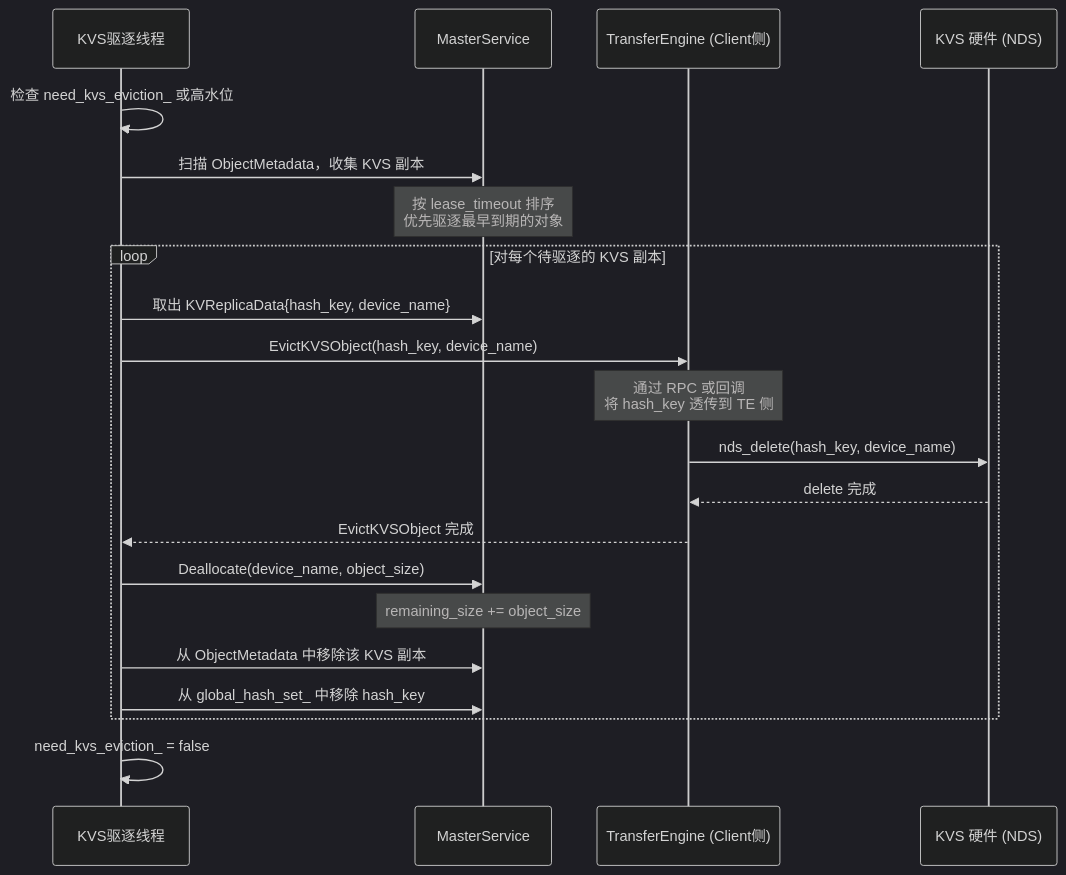
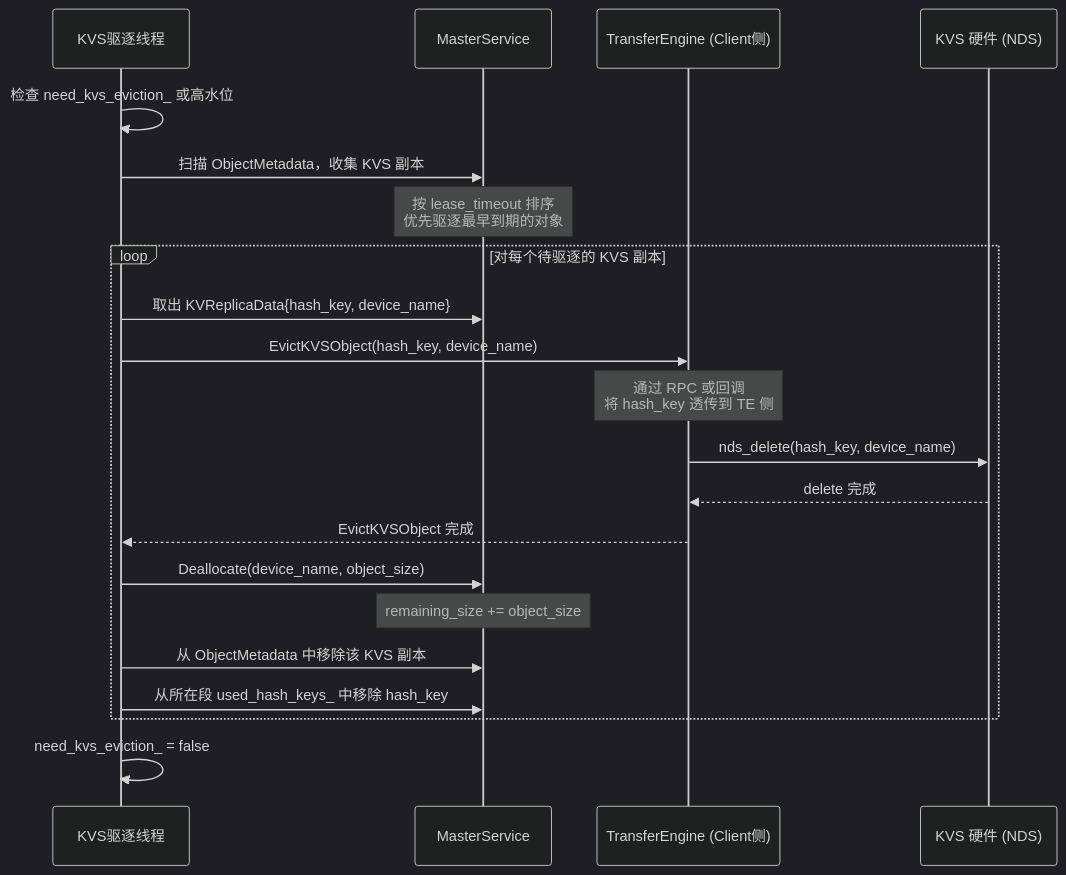
Before and after one commit to yz53665/Mooncake: diagram 20 of 20 in mooncake-store/docs/KVUSegment_design.md, drawn with Mermaid (dark theme). The commit also changed other lines of this file, not shown here.

````diff
--- a/mooncake-store/docs/KVUSegment_design.md
+++ b/mooncake-store/docs/KVUSegment_design.md
@@ -1035,29 +1046,29 @@
 ```mermaid
 sequenceDiagram
     participant ET as KVS驱逐线程
     participant MS as MasterService
     participant TE as TransferEngine (Client侧)
     participant NDS as KVS 硬件 (NDS)
 
     ET->>ET: 检查 need_kvs_eviction_ 或高水位
   
     ET->>MS: 扫描 ObjectMetadata，收集 KVS 副本
     Note over MS: 按 lease_timeout 排序<br/>优先驱逐最早到期的对象
   
     loop 对每个待驱逐的 KVS 副本
         ET->>MS: 取出 KVReplicaData{hash_key, device_name}
         ET->>TE: EvictKVSObject(hash_key, device_name)
         Note over TE: 通过 RPC 或回调<br/>将 hash_key 透传到 TE 侧
         TE->>NDS: nds_delete(hash_key, device_name)
         NDS-->>TE: delete 完成
         TE-->>ET: EvictKVSObject 完成
   
         ET->>MS: Deallocate(device_name, object_size)
         Note over MS: remaining_size += object_size
   
         ET->>MS: 从 ObjectMetadata 中移除该 KVS 副本
-        ET->>MS: 从 global_hash_set_ 中移除 hash_key
+        ET->>MS: 从所在段 used_hash_keys_ 中移除 hash_key
     end
   
     ET->>ET: need_kvs_eviction_ = false
 ```
````
